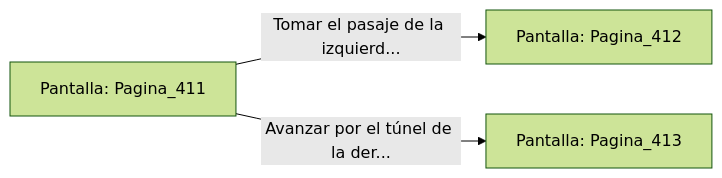
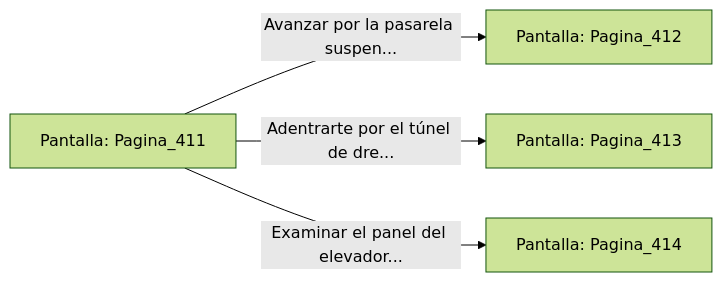
One commit to metsuke/mpl changed the diagram in sample/eligejuego-vault/Pantalla_Pagina_411.md. Above: the diagram before and after it, drawn with Mermaid (forest theme). The commit also changed other lines of this file and 635 other files, not shown here.

First line of the commit message:
fix: añadir Pagina_1 como pantalla inicial en capitulo_01.mpl

````diff
--- a/sample/eligejuego-vault/Pantalla_Pagina_411.md
+++ b/sample/eligejuego-vault/Pantalla_Pagina_411.md
@@ -20,6 +27,7 @@
 ```mermaid
 graph LR
     P_Pagina_411["Pantalla: Pagina_411"]
-    P_Pagina_411 -->|"Tomar el pasaje de la izquierd..."| P_Pagina_412["Pantalla: Pagina_412"]
-    P_Pagina_411 -->|"Avanzar por el túnel de la der..."| P_Pagina_413["Pantalla: Pagina_413"]
+    P_Pagina_411 -->|"Avanzar por la pasarela suspen..."| P_Pagina_412["Pantalla: Pagina_412"]
+    P_Pagina_411 -->|"Adentrarte por el túnel de dre..."| P_Pagina_413["Pantalla: Pagina_413"]
+    P_Pagina_411 -->|"Examinar el panel del elevador..."| P_Pagina_414["Pantalla: Pagina_414"]
 ```
````
